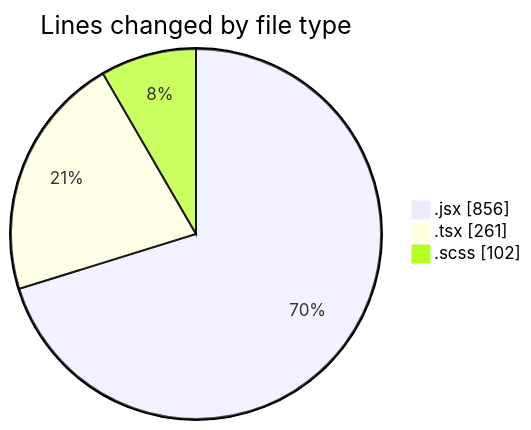
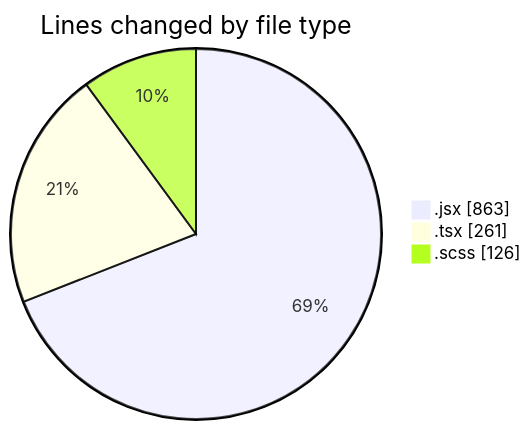
One commit to momahboobian/code-tracking changed the first of 2 diagrams in 2026-02-11/cda/README.md. Above: the diagram before and after it, drawn with Mermaid. The commit also changed other lines of this file and 1 other file, not shown here.

````diff
--- a/2026-02-11/cda/README.md
+++ b/2026-02-11/cda/README.md
@@ -25,7 +25,7 @@
 ```mermaid
 pie showData
 title Lines changed by file type
-".jsx" : 856
+".jsx" : 863
 ".tsx" : 261
-".scss" : 102
+".scss" : 126
 ```
````
